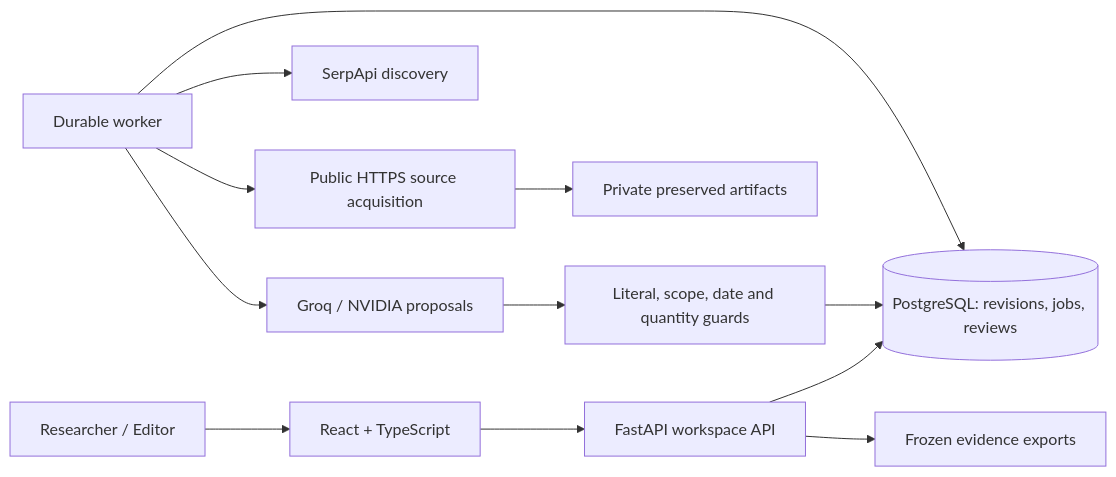
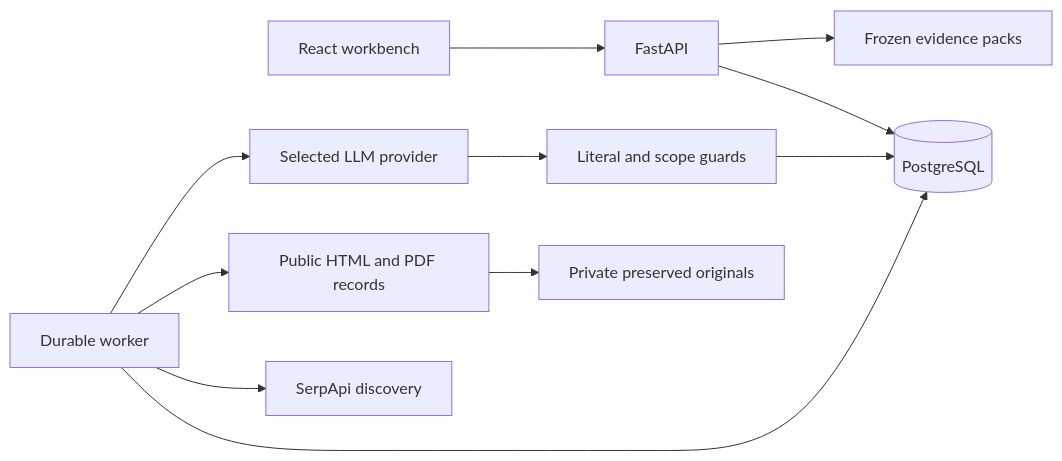
One commit to sankalp2515/FactLedger changed the diagram in README.md. Above: the diagram before and after it, drawn with Mermaid. The commit also changed other lines of this file and 51 other files, not shown here.

Commit message:
Add portable LLM providers and curate public documentation

````diff
--- a/README.md
+++ b/README.md
@@ -111,14 +93,13 @@
 ```mermaid
 flowchart LR
-  R[Researcher / Editor] --> W[React + TypeScript]
-  W --> A[FastAPI workspace API]
-  A --> D[(PostgreSQL: revisions, jobs, reviews)]
-  J[Durable worker] --> D
-  J --> S[SerpApi discovery]
-  J --> F[Public HTTPS source acquisition]
-  F --> P[Private preserved artifacts]
-  J --> L[Groq / NVIDIA proposals]
-  L --> G[Literal, scope, date and quantity guards]
-  G --> D
-  A --> E[Frozen evidence exports]
+  Browser[React workbench] --> API[FastAPI]
+  API --> DB[(PostgreSQL)]
+  Worker[Durable worker] --> DB
+  Worker --> Search[SerpApi discovery]
+  Worker --> Source[Public HTML and PDF records]
+  Source --> Artifacts[Private preserved originals]
+  Worker --> LLM[Selected LLM provider]
+  LLM --> Guards[Literal and scope guards]
+  Guards --> DB
+  API --> Export[Frozen evidence packs]
 ```
````
